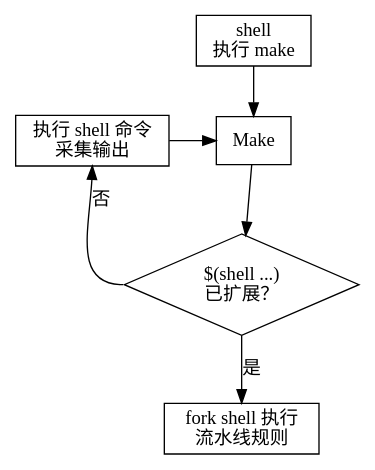
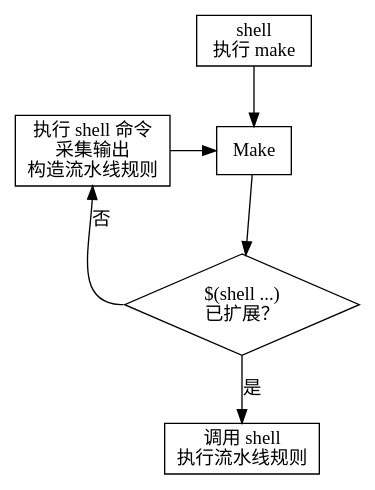
The seventh of 7 diagrams in pd.org (heroxbd/physics-data), drawn with Graphviz before and after one commit. The commit also changed other lines of this file, not shown here.

Commit message:
p9: 明确 shell 与 make 的调用关系。

```diff
--- a/pd.org
+++ b/pd.org
@@ -5204,18 +5208,18 @@
      #+BEGIN_SRC dot :file ./make-shell.pdf :cmdline -Kdot -Tpdf :eval yes :exports results
        digraph python {
        rankdir="TB";
 
        node [shape=box]
        S [label = "shell\n执行 make"]
        S -> M
        M [label = Make]
        M -> E
        E [label = "$(shell ...)\n已扩展？", shape=diamond]
-       S1 [label = "执行 shell 命令\n采集输出"]
+       S1 [label = "执行 shell 命令\n采集输出\n构造流水线规则"]
        S1 -> M
        {rank = same; S1; M;}
        E:w -> S1:s [label = 否]
-       S2 [label = "fork shell 执行\n流水线规则"]
+       S2 [label = "调用 shell \n执行流水线规则"]
        E -> S2 [label = 是]
        }
      #+END_SRC
```
